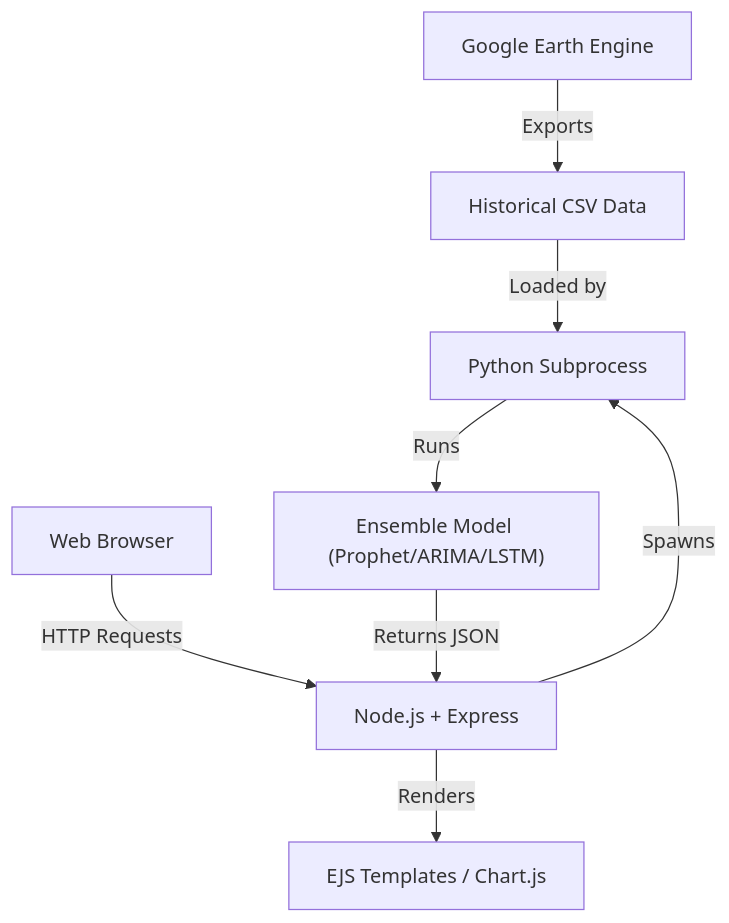
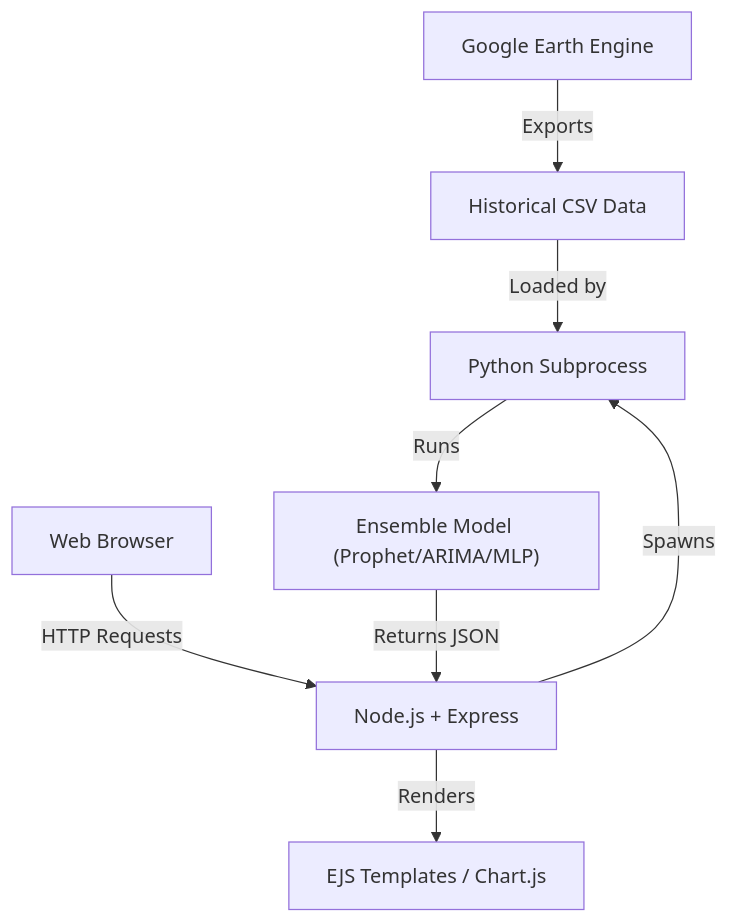
One commit to Ar141204/Water-Quality-Forecast-Analytics-System changed the diagram in README.md. Above: the diagram before and after it, drawn with Mermaid. The commit also changed other lines of this file and 6 other files, not shown here.

Commit message:
optimize: resolve windows python spawn path, replace tensorflow with fast MLP, implement baseline forecast cache & precompute cache

````diff
--- a/README.md
+++ b/README.md
@@ -44,10 +44,10 @@
 ```mermaid
 graph TD
     GEE[Google Earth Engine] -->|Exports| Data[Historical CSV Data]
     Data -->|Loaded by| Python[Python Subprocess]
     Client[Web Browser] -->|HTTP Requests| Server[Node.js + Express]
     Server -->|Spawns| Python
-    Python -->|Runs| Ensemble["Ensemble Model (Prophet/ARIMA/LSTM)"]
+    Python -->|Runs| Ensemble["Ensemble Model (Prophet/ARIMA/MLP)"]
     Ensemble -->|Returns JSON| Server
     Server -->|Renders| View[EJS Templates / Chart.js]
 ```
````
